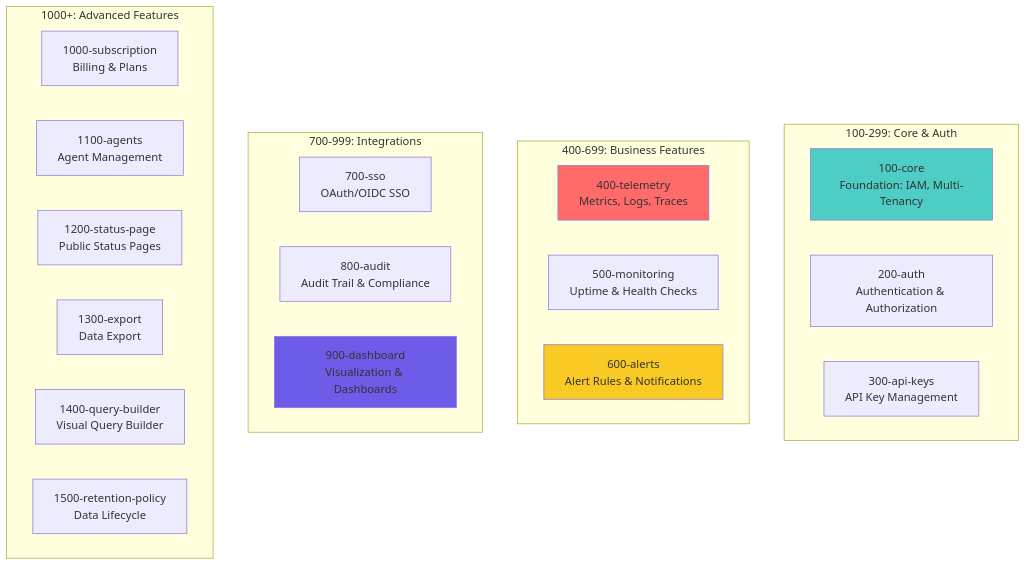
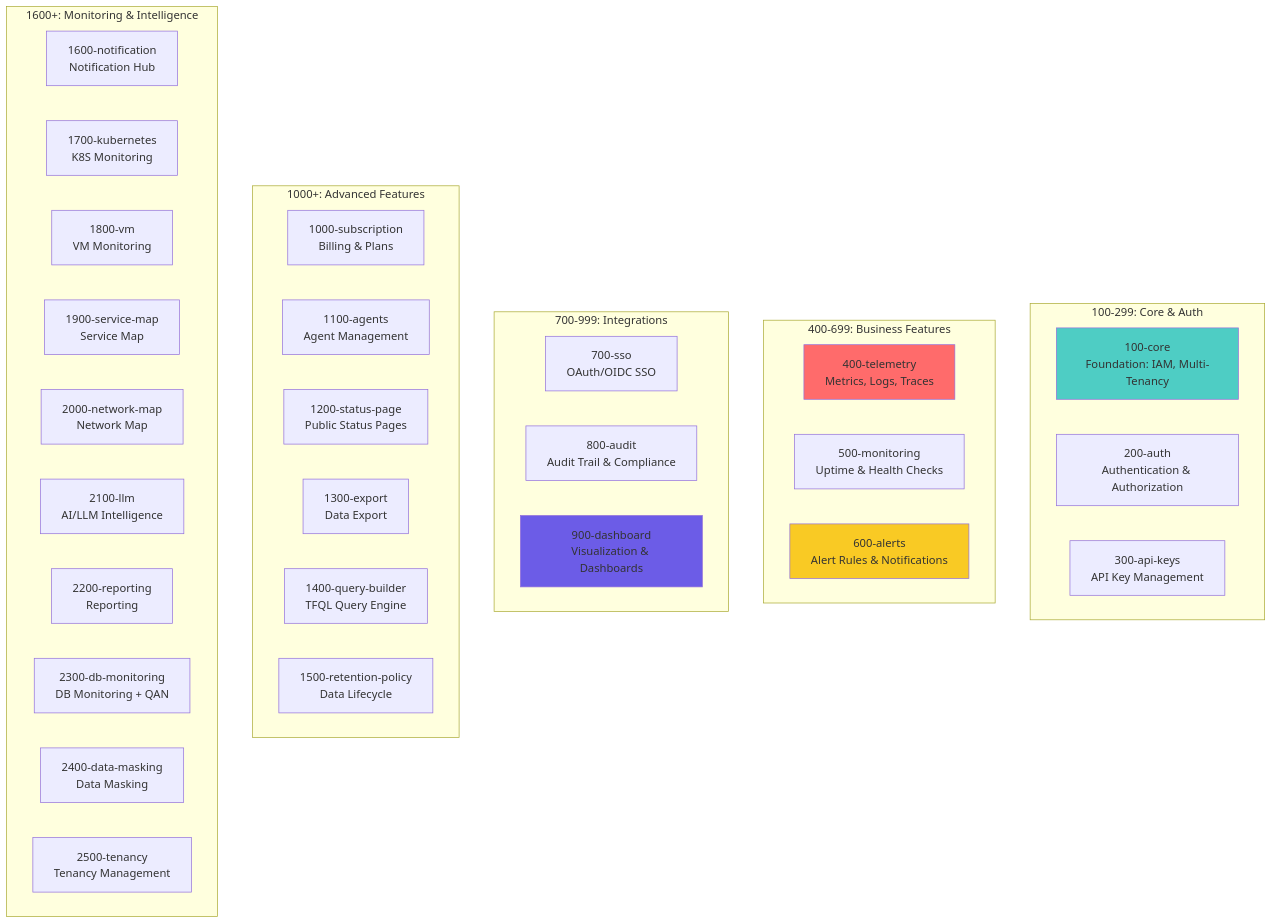
Before and after one commit to telemetryflow/telemetryflow-overview: the seventh of 17 diagrams in backend/00-BACKEND-OVERVIEW.md, drawn with Mermaid. The commit also changed other lines of this file and 68 other files, not shown here.

````diff
--- a/backend/00-BACKEND-OVERVIEW.md
+++ b/backend/00-BACKEND-OVERVIEW.md
@@ -329,34 +352,47 @@
 ```mermaid
 graph TB
     subgraph "100-299: Core & Auth"
         M100[100-core<br/>Foundation: IAM, Multi-Tenancy]
         M200[200-auth<br/>Authentication & Authorization]
         M300[300-api-keys<br/>API Key Management]
     end
 
     subgraph "400-699: Business Features"
         M400[400-telemetry<br/>Metrics, Logs, Traces]
         M500[500-monitoring<br/>Uptime & Health Checks]
         M600[600-alerts<br/>Alert Rules & Notifications]
     end
 
     subgraph "700-999: Integrations"
         M700[700-sso<br/>OAuth/OIDC SSO]
         M800[800-audit<br/>Audit Trail & Compliance]
         M900[900-dashboard<br/>Visualization & Dashboards]
     end
 
     subgraph "1000+: Advanced Features"
         M1000[1000-subscription<br/>Billing & Plans]
         M1100[1100-agents<br/>Agent Management]
         M1200[1200-status-page<br/>Public Status Pages]
         M1300[1300-export<br/>Data Export]
-        M1400[1400-query-builder<br/>Visual Query Builder]
+        M1400[1400-query-builder<br/>TFQL Query Engine]
         M1500[1500-retention-policy<br/>Data Lifecycle]
+    end
+
+    subgraph "1600+: Monitoring & Intelligence"
+        M1600[1600-notification<br/>Notification Hub]
+        M1700[1700-kubernetes<br/>K8S Monitoring]
+        M1800[1800-vm<br/>VM Monitoring]
+        M1900[1900-service-map<br/>Service Map]
+        M2000[2000-network-map<br/>Network Map]
+        M2100[2100-llm<br/>AI/LLM Intelligence]
+        M2200[2200-reporting<br/>Reporting]
+        M2300[2300-db-monitoring<br/>DB Monitoring + QAN]
+        M2400[2400-data-masking<br/>Data Masking]
+        M2500[2500-tenancy<br/>Tenancy Management]
     end
 
     style M100 fill:#4ecdc4
     style M400 fill:#ff6b6b
     style M600 fill:#f9ca24
     style M900 fill:#6c5ce7
 ```
````
